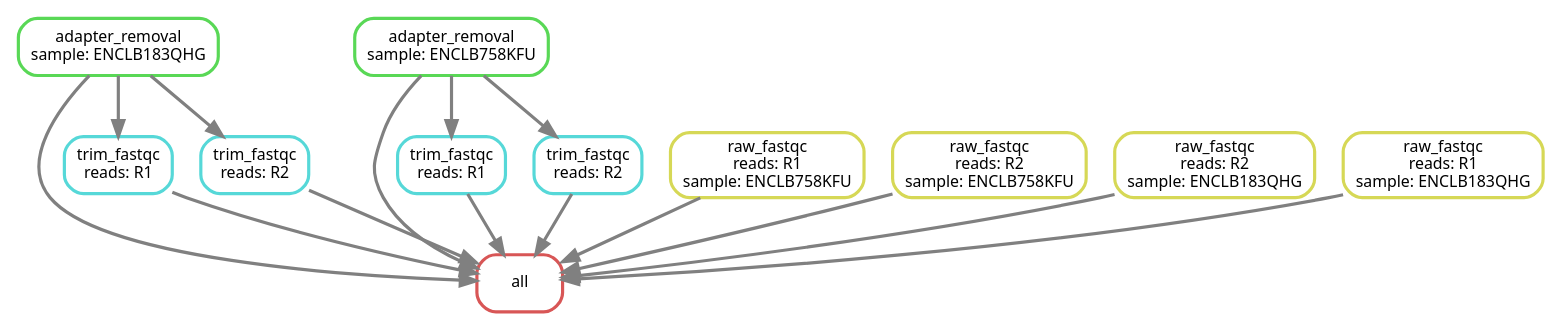
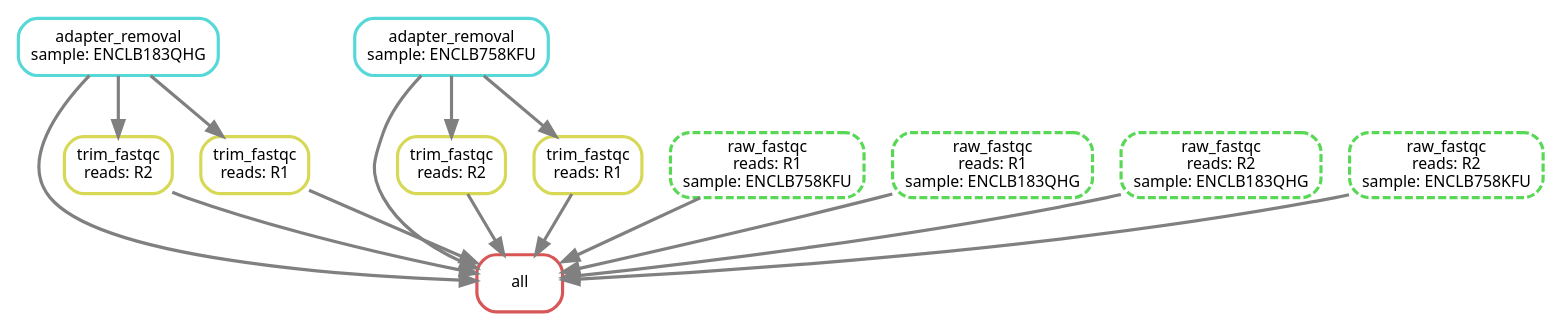
The diagram in output/dag.dot (DRMCRL/ENCODE_T47D_HiC_ENCSR549MGQ), drawn with Graphviz before and after one commit. The commit also changed 4 other files, not shown here.

```diff
--- a/output/dag.dot
+++ b/output/dag.dot
@@ -1,30 +1,30 @@
 digraph snakemake_dag {
     graph[bgcolor=white, margin=0];
     node[shape=box, style=rounded, fontname=sans,                 fontsize=10, penwidth=2];
     edge[penwidth=2, color=grey];
 	0[label = "all", color = "0.00 0.6 0.85", style="rounded"];
-	1[label = "trim_fastqc\nreads: R1", color = "0.50 0.6 0.85", style="rounded"];
-	2[label = "adapter_removal\nsample: ENCLB758KFU", color = "0.33 0.6 0.85", style="rounded"];
-	3[label = "adapter_removal\nsample: ENCLB183QHG", color = "0.33 0.6 0.85", style="rounded"];
-	4[label = "trim_fastqc\nreads: R1", color = "0.50 0.6 0.85", style="rounded"];
-	5[label = "raw_fastqc\nreads: R1\nsample: ENCLB758KFU", color = "0.17 0.6 0.85", style="rounded"];
-	6[label = "trim_fastqc\nreads: R2", color = "0.50 0.6 0.85", style="rounded"];
-	7[label = "raw_fastqc\nreads: R2\nsample: ENCLB758KFU", color = "0.17 0.6 0.85", style="rounded"];
-	8[label = "trim_fastqc\nreads: R2", color = "0.50 0.6 0.85", style="rounded"];
-	9[label = "raw_fastqc\nreads: R2\nsample: ENCLB183QHG", color = "0.17 0.6 0.85", style="rounded"];
-	10[label = "raw_fastqc\nreads: R1\nsample: ENCLB183QHG", color = "0.17 0.6 0.85", style="rounded"];
+	1[label = "trim_fastqc\nreads: R2", color = "0.17 0.6 0.85", style="rounded"];
+	2[label = "adapter_removal\nsample: ENCLB758KFU", color = "0.50 0.6 0.85", style="rounded"];
+	3[label = "raw_fastqc\nreads: R1\nsample: ENCLB758KFU", color = "0.33 0.6 0.85", style="rounded,dashed"];
+	4[label = "trim_fastqc\nreads: R2", color = "0.17 0.6 0.85", style="rounded"];
+	5[label = "trim_fastqc\nreads: R1", color = "0.17 0.6 0.85", style="rounded"];
+	6[label = "raw_fastqc\nreads: R1\nsample: ENCLB183QHG", color = "0.33 0.6 0.85", style="rounded,dashed"];
+	7[label = "trim_fastqc\nreads: R1", color = "0.17 0.6 0.85", style="rounded"];
+	8[label = "raw_fastqc\nreads: R2\nsample: ENCLB183QHG", color = "0.33 0.6 0.85", style="rounded,dashed"];
+	9[label = "raw_fastqc\nreads: R2\nsample: ENCLB758KFU", color = "0.33 0.6 0.85", style="rounded,dashed"];
+	10[label = "adapter_removal\nsample: ENCLB183QHG", color = "0.50 0.6 0.85", style="rounded"];
 	1 -> 0
 	2 -> 0
 	3 -> 0
 	4 -> 0
 	5 -> 0
 	6 -> 0
 	7 -> 0
 	8 -> 0
 	9 -> 0
 	10 -> 0
-	3 -> 1
+	10 -> 1
 	2 -> 4
-	3 -> 6
-	2 -> 8
+	10 -> 5
+	2 -> 7
 }            
```
